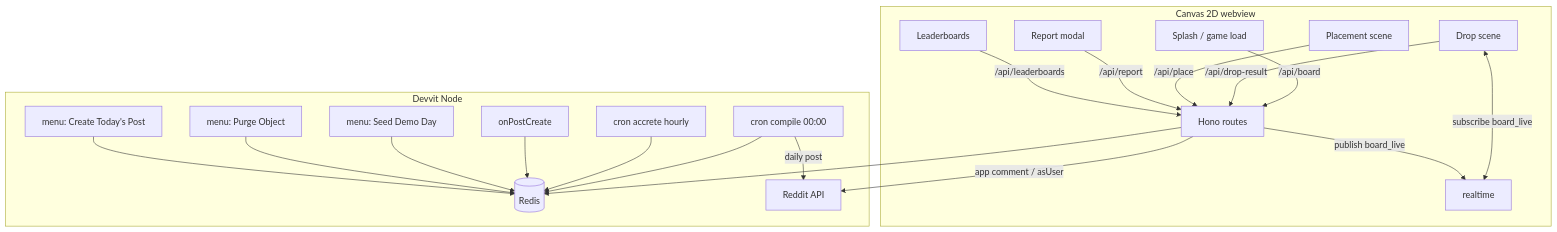
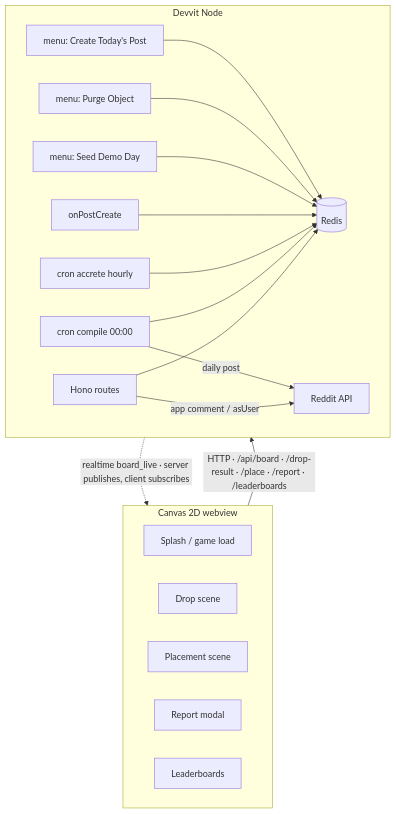
One commit to edycutjong/grudgeball changed the diagram in ARCHITECTURE.md. Above: the diagram before and after it, drawn with Mermaid. The commit also changed 1 other file, not shown here.

Commit message:
docs: stack mermaid subgraphs vertically (Canvas webview above Devvit Node) via single subgraph-level connectors

````diff
--- a/ARCHITECTURE.md
+++ b/ARCHITECTURE.md
@@ -18,24 +18,25 @@
 ```mermaid
 flowchart TD
   subgraph Client [Canvas 2D webview]
-    Sp[Splash / game load] -->|/api/board| S
-    A[Drop scene] -->|/api/drop-result| S
-    B[Placement scene] -->|/api/place| S
-    C[Report modal] -->|/api/report| S
-    Lb[Leaderboards] -->|/api/leaderboards| S
-    A <-->|subscribe board_live| RT[realtime]
+    direction LR
+    Sp[Splash / game load]
+    A[Drop scene]
+    B[Placement scene]
+    C[Report modal]
+    Lb[Leaderboards]
   end
   subgraph Server [Devvit Node]
+    direction LR
     S[Hono routes] --> R[(Redis)]
     CR1[cron compile 00:00] --> R
     CR2[cron accrete hourly] --> R
     TR[onPostCreate] --> R
     M1[menu: Seed Demo Day] --> R
     M2[menu: Purge Object] --> R
     M3[menu: Create Today's Post] --> R
     S -->|app comment / asUser| RED[Reddit API]
     CR1 -->|daily post| RED
   end
-  Client ~~~ Server
-  S -->|publish board_live| RT
+  Client -->|"HTTP · /api/board · /drop-result · /place · /report · /leaderboards"| Server
+  Server -.->|"realtime board_live · server publishes, client subscribes"| Client
 ```
````
